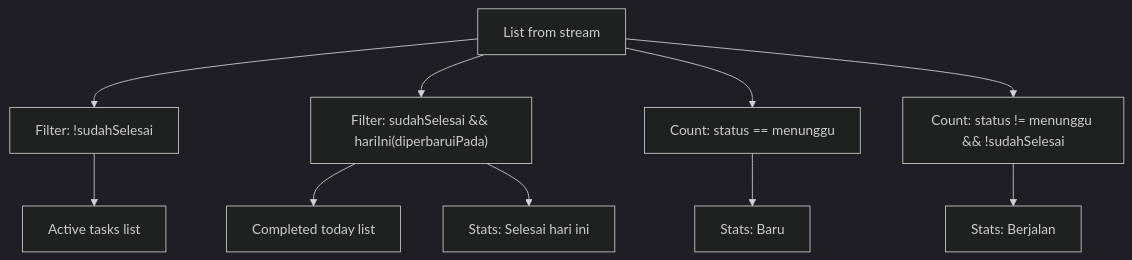
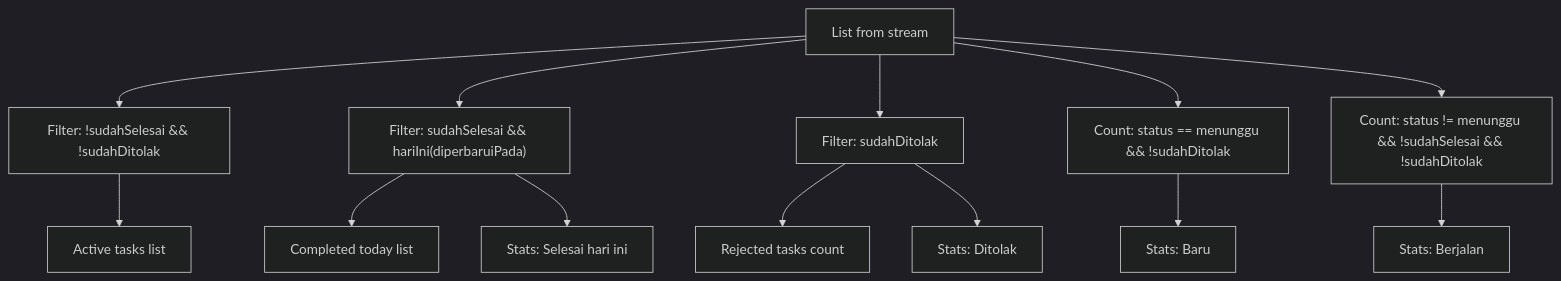
The fourth of 10 diagrams in .qoder/repowiki/en/content/Mobile Application/Staff Workflow/Task List Screen.md (rdsarjito/whoosh-ramah), drawn with Mermaid (dark theme) before and after one commit. The commit also changed other lines of this file and 18 other files, not shown here.

````diff
--- a/.qoder/repowiki/en/content/Mobile Application/Staff Workflow/Task List Screen.md
+++ b/.qoder/repowiki/en/content/Mobile Application/Staff Workflow/Task List Screen.md
@@ -137,12 +156,15 @@
 ```mermaid
 flowchart TD
-Input["List<Permintaan> from stream"] --> Aktif["Filter: !sudahSelesai"]
+Input["List<Permintaan> from stream"] --> Aktif["Filter: !sudahSelesai && !sudahDitolak"]
 Input --> SelesaiHariIni["Filter: sudahSelesai && hariIni(diperbaruiPada)"]
-Input --> Baru["Count: status == menunggu"]
-Input --> Berjalan["Count: status != menunggu && !sudahSelesai"]
+Input --> Ditolak["Filter: sudahDitolak"]
+Input --> Baru["Count: status == menunggu && !sudahDitolak"]
+Input --> Berjalan["Count: status != menunggu && !sudahSelesai && !sudahDitolak"]
 Aktif --> OutputAktif["Active tasks list"]
 SelesaiHariIni --> OutputSelesai["Completed today list"]
+Ditolak --> OutputDitolak["Rejected tasks count"]
 Baru --> StatsBaru["Stats: Baru"]
 Berjalan --> StatsBerjalan["Stats: Berjalan"]
 SelesaiHariIni --> StatsSelesai["Stats: Selesai hari ini"]
+Ditolak --> StatsDitolak["Stats: Ditolak"]
 ```
````
